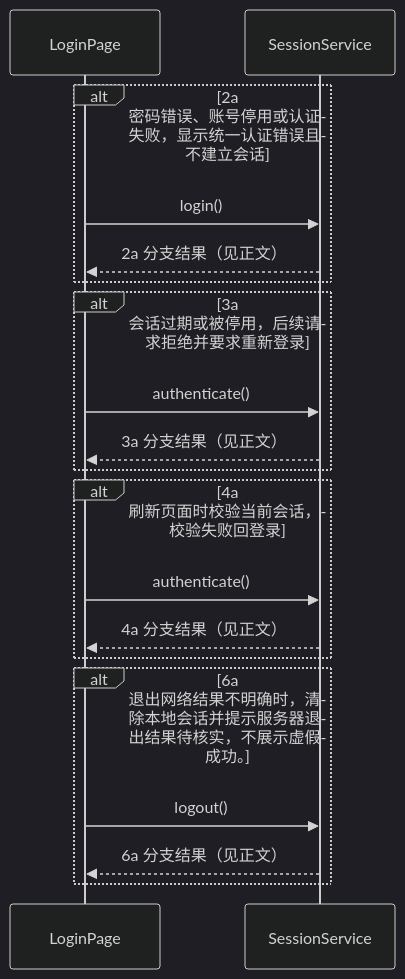
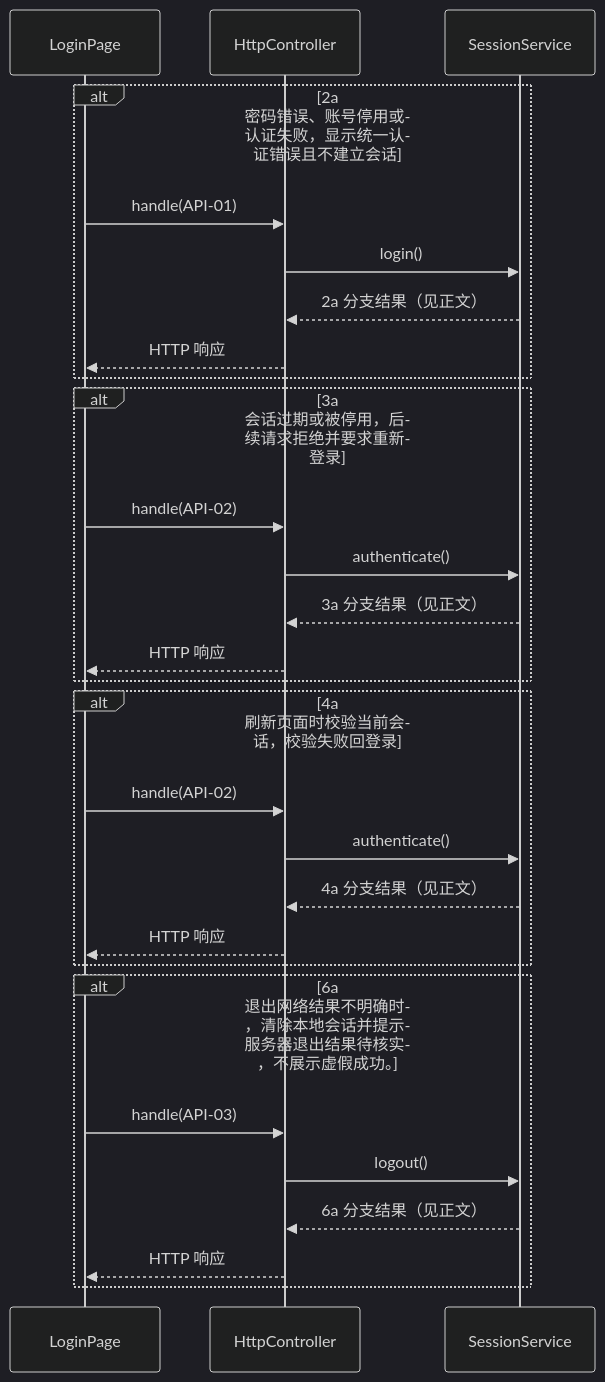
The sixth of 44 diagrams in docs/design/software-design-task4.md (Rito-492/campus-sched), drawn with Mermaid (dark theme) before and after one commit. The commit also changed other lines of this file and 3 other files, not shown here.

Commit message:
docs: 修正任务4顺序图HTTP边界与页面调用方向

````diff
--- a/docs/design/software-design-task4.md
+++ b/docs/design/software-design-task4.md
@@ -1151,21 +1168,30 @@
 ```mermaid
 sequenceDiagram
  participant LoginPage
+ participant HttpController
  participant SessionService
  alt 2a 密码错误、账号停用或认证失败，显示统一认证错误且不建立会话
- LoginPage->>SessionService: login()
- SessionService-->>LoginPage: 2a 分支结果（见正文）
+ LoginPage->>HttpController: handle(API-01)
+ HttpController->>SessionService: login()
+ SessionService-->>HttpController: 2a 分支结果（见正文）
+ HttpController-->>LoginPage: HTTP 响应
  end
  alt 3a 会话过期或被停用，后续请求拒绝并要求重新登录
- LoginPage->>SessionService: authenticate()
- SessionService-->>LoginPage: 3a 分支结果（见正文）
+ LoginPage->>HttpController: handle(API-02)
+ HttpController->>SessionService: authenticate()
+ SessionService-->>HttpController: 3a 分支结果（见正文）
+ HttpController-->>LoginPage: HTTP 响应
  end
  alt 4a 刷新页面时校验当前会话，校验失败回登录
- LoginPage->>SessionService: authenticate()
- SessionService-->>LoginPage: 4a 分支结果（见正文）
+ LoginPage->>HttpController: handle(API-02)
+ HttpController->>SessionService: authenticate()
+ SessionService-->>HttpController: 4a 分支结果（见正文）
+ HttpController-->>LoginPage: HTTP 响应
  end
  alt 6a 退出网络结果不明确时，清除本地会话并提示服务器退出结果待核实，不展示虚假成功。
- LoginPage->>SessionService: logout()
- SessionService-->>LoginPage: 6a 分支结果（见正文）
+ LoginPage->>HttpController: handle(API-03)
+ HttpController->>SessionService: logout()
+ SessionService-->>HttpController: 6a 分支结果（见正文）
+ HttpController-->>LoginPage: HTTP 响应
  end
 ```
````
